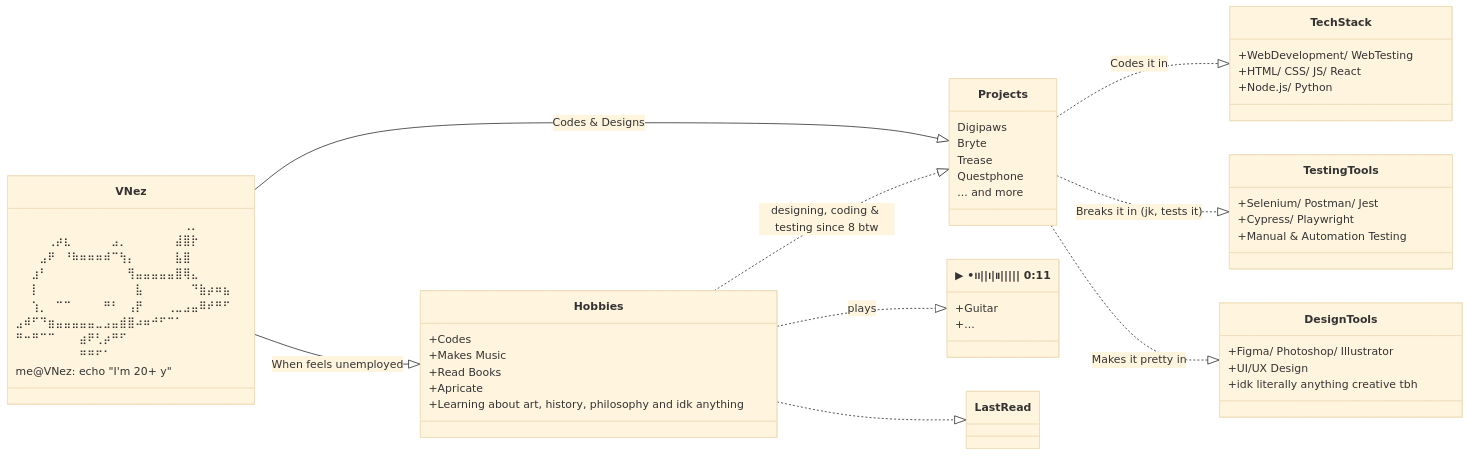
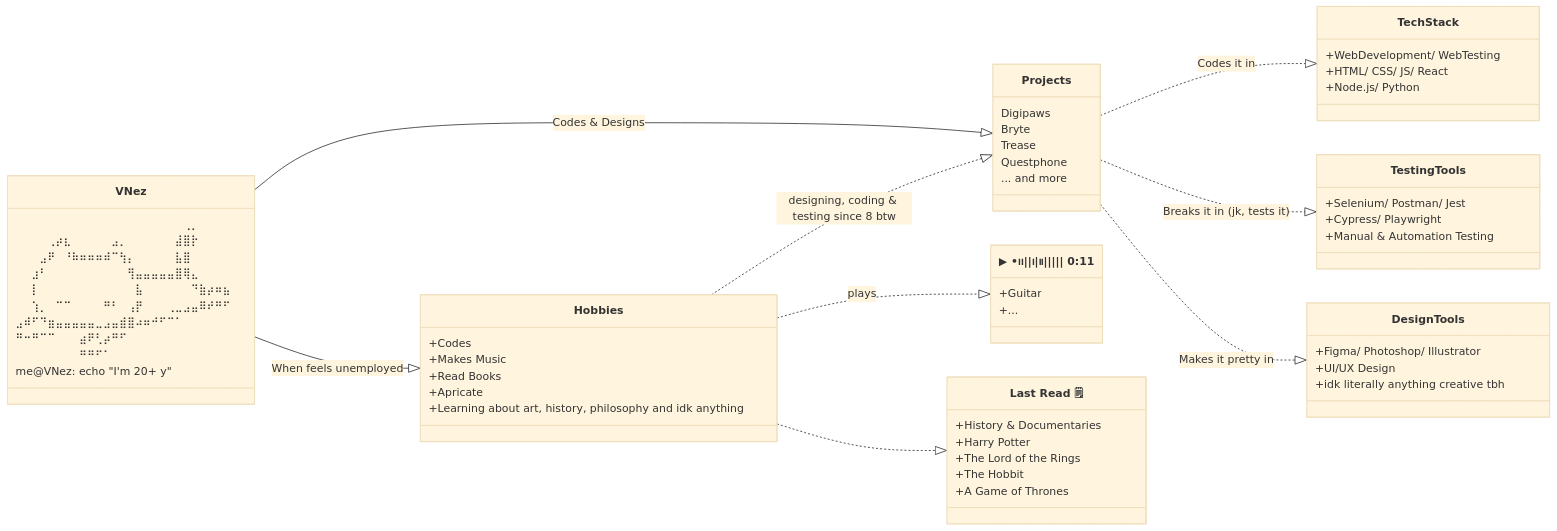
The diagram in README.md (VNezMc/VNezMc), drawn with Mermaid (base theme) before and after one commit. The commit also changed other lines of this file, not shown here.

Commit message:
README.md

````diff
--- a/README.md
+++ b/README.md
@@ -31,58 +9,65 @@
 ```mermaid
 classDiagram
     direction LR
     class VNez {
 ⠀⠀⠀⠀⠀⠀⠀⠀⠀⠀⠀⠀⠀⠀⠀⠀⠀⠀⠀⠀⠀⢀⡀⠀⠀⠀⠀
 ⠀⠀⠀⠀⢀⡴⣆⠀⠀⠀⠀⠀⣠⡀⠀⠀⠀⠀⠀⠀⣼⣿⡗⠀⠀⠀⠀
 ⠀⠀⠀⣠⠟⠀⠘⠷⠶⠶⠶⠾⠉⢳⡄⠀⠀⠀⠀⠀⣧⣿⠀⠀⠀⠀⠀
 ⠀⠀⣰⠃⠀⠀⠀⠀⠀⠀⠀⠀⠀⠀⢻⣤⣤⣤⣤⣤⣿⢿⣄⠀⠀⠀⠀
 ⠀⠀⡇⠀⠀⠀⠀⠀⠀⠀⠀⠀⠀⠀⠀⣧⠀⠀⠀⠀⠀⠀⠙⣷⡴⠶⣦
 ⠀⠀⢱⡀⠀⠉⠉⠀⠀⠀⠀⠛⠃⠀⢠⡟⠀⠀⠀⢀⣀⣠⣤⠿⠞⠛⠋
 ⣠⠾⠋⠙⣶⣤⣤⣤⣤⣤⣀⣠⣤⣾⣿⠴⠶⠚⠋⠉⠁⠀⠀⠀⠀⠀⠀
 ⠛⠒⠛⠉⠉⠀⠀⠀⣴⠟⢃⡴⠛⠋⠀⠀⠀⠀⠀⠀⠀⠀⠀⠀⠀⠀⠀
 ⠀⠀⠀⠀⠀⠀⠀⠀⠛⠛⠋⠁⠀⠀⠀⠀⠀⠀⠀⠀⠀⠀⠀⠀⠀⠀⠀
 
         me@VNez: echo "I'm 20+ y" 
     }
     class Projects {
         Digipaws
         Bryte
         Trease
         Questphone
         ... and more
     }  
     class Hobbies {
         +Codes
         +Makes Music
         +Read Books
         +Apricate
         +Learning about art, history, philosophy and idk anything
     }
 class Music["▶︎ •၊၊||၊|။||||| 0:11"] {
         +Guitar
         +...
     }
     class TechStack {
         +WebDevelopment/ WebTesting
         +HTML/ CSS/ JS/ React
         +Node.js/ Python
     }
     class TestingTools {
         +Selenium/ Postman/ Jest
         +Cypress/ Playwright
         +Manual & Automation Testing
     }
     class DesignTools {
         +Figma/ Photoshop/ Illustrator
         +UI/UX Design
         +idk literally anything creative tbh
     }
+    class LastRead["Last Read 🗒"] {
+    +History & Documentaries
+    +Harry Potter
+    +The Lord of the Rings
+    +The Hobbit
+    +A Game of Thrones
+    }
     VNez --|> Projects : Codes & Designs
     VNez --|> Hobbies : When feels unemployed
     Projects ..|> TechStack : Codes it in
     Projects ..|> TestingTools : Breaks it in (jk, tests it)
     Projects ..|> DesignTools : Makes it pretty in
     Hobbies ..|> Projects : designing, coding & testing since 8 btw
     Hobbies ..|> Music : plays
     Hobbies ..|> LastRead
 ```
````
